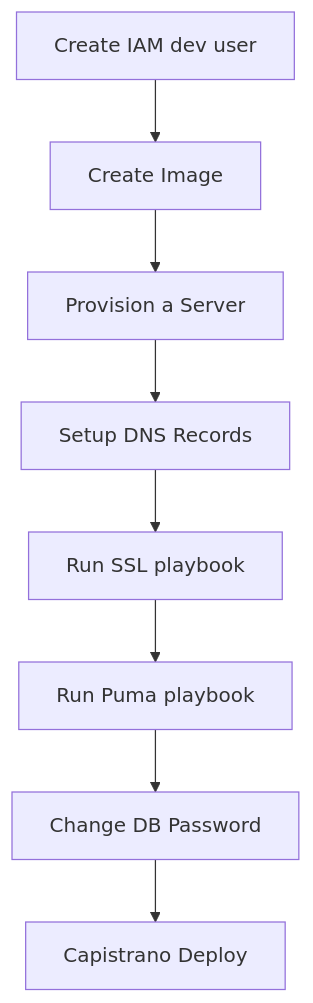
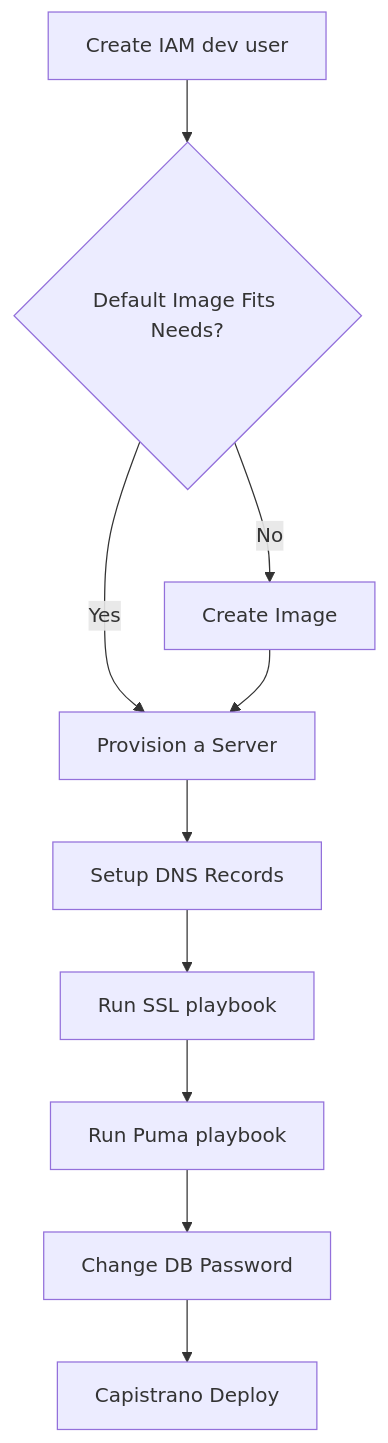
One commit to bparanj/hivegrid.dev changed the fifth of 6 diagrams in README.md. Above: the diagram before and after it, drawn with Mermaid.

Commit message:
Create flowchart for the process

````diff
--- a/README.md
+++ b/README.md
@@ -279,10 +279,12 @@
 ```mermaid
 graph TD
-    A[Create IAM dev user] --> B[Create Image]
-    B --> C[Provision a Server]
-    C --> D[Setup DNS Records]
-    D --> E[Run SSL playbook]
-    E --> F[Run Puma playbook]
-    F --> G[Change DB Password]
-    G --> H[Capistrano Deploy]
+    A[Create IAM dev user] --> B{Default Image Fits Needs?}
+    B -->|Yes| C[Provision a Server]
+    B -->|No| D[Create Image]
+    D --> C
+    C --> E[Setup DNS Records]
+    E --> F[Run SSL playbook]
+    F --> G[Run Puma playbook]
+    G --> H[Change DB Password]
+    H --> I[Capistrano Deploy]
 ```
````
